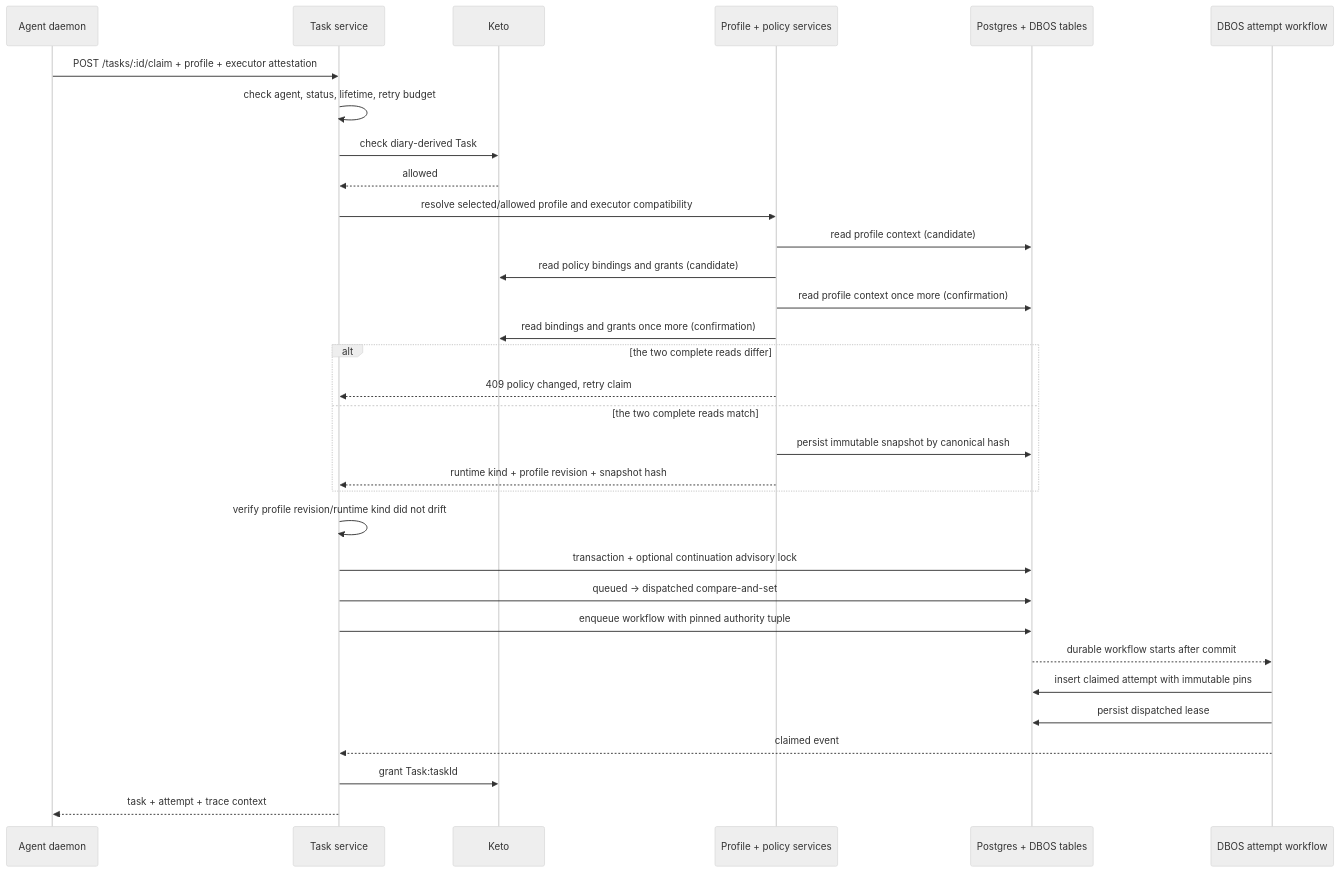
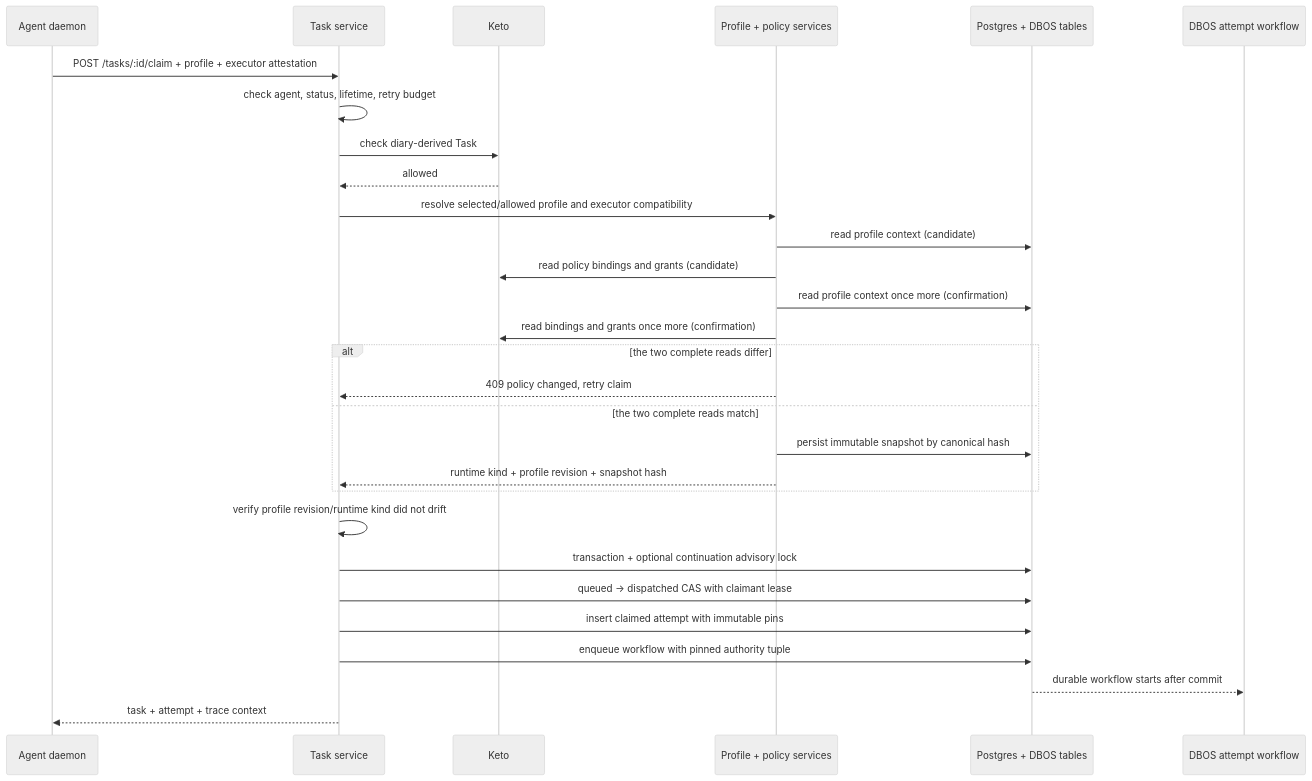
Before and after one commit to getlarge/themoltnet: the fourth of 6 diagrams in docs/use/tasks-and-runtime.md, drawn with Mermaid (neutral theme). The commit also changed other lines of this file and 6 other files, not shown here.

````diff
--- a/docs/use/tasks-and-runtime.md
+++ b/docs/use/tasks-and-runtime.md
@@ -187,35 +187,32 @@
 ```mermaid
 sequenceDiagram
     participant D as Agent daemon
     participant API as Task service
     participant K as Keto
     participant RP as Profile + policy services
     participant DB as Postgres + DBOS tables
     participant W as DBOS attempt workflow
 
     D->>API: POST /tasks/:id/claim + profile + executor attestation
     API->>API: check agent, status, lifetime, retry budget
     API->>K: check diary-derived Task#claim permit
     K-->>API: allowed
     API->>RP: resolve selected/allowed profile and executor compatibility
     RP->>DB: read profile context (candidate)
     RP->>K: read policy bindings and grants (candidate)
     RP->>DB: read profile context once more (confirmation)
     RP->>K: read bindings and grants once more (confirmation)
     alt the two complete reads differ
         RP-->>API: 409 policy changed, retry claim
     else the two complete reads match
         RP->>DB: persist immutable snapshot by canonical hash
         RP-->>API: runtime kind + profile revision + snapshot hash
     end
     API->>API: verify profile revision/runtime kind did not drift
     API->>DB: transaction + optional continuation advisory lock
-    API->>DB: queued -> dispatched compare-and-set
+    API->>DB: queued -> dispatched CAS with claimant lease
+    API->>DB: insert claimed attempt with immutable pins
     API->>DB: enqueue workflow with pinned authority tuple
     DB-->>W: durable workflow starts after commit
-    W->>DB: insert claimed attempt with immutable pins
-    W->>DB: persist dispatched lease
-    W-->>API: claimed event
-    API->>K: grant Task:taskId#claimant@Agent:agentId
     API-->>D: task + attempt + trace context
 ```
````
